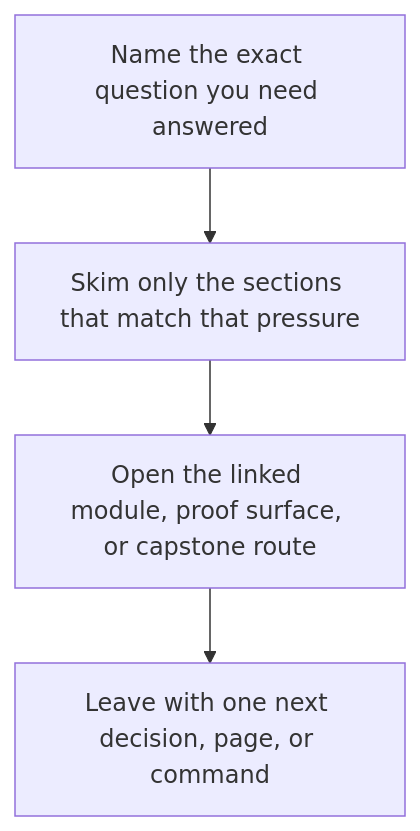
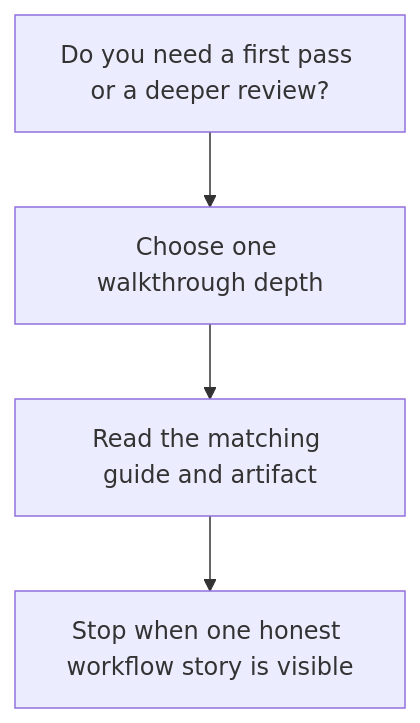
One commit to bijux/bijux-masterclass changed the second of 2 diagrams in programs/reproducible-research/deep-dive-snakemake/course-book/capstone/capstone-walkthrough.md. Above: the diagram before and after it, drawn with Mermaid. The commit also changed other lines of this file, not shown here.

Commit message:
docs(deep-dive-snakemake): bound the capstone walkthrough

````diff
--- a/programs/reproducible-research/deep-dive-snakemake/course-book/capstone/capstone-walkthrough.md
+++ b/programs/reproducible-research/deep-dive-snakemake/course-book/capstone/capstone-walkthrough.md
@@ -17,6 +14,6 @@
 ```mermaid
 flowchart TD
-  question["Name the exact question you need answered"] --> skim["Skim only the sections that match that pressure"]
-  skim --> crosscheck["Open the linked module, proof surface, or capstone route"]
-  crosscheck --> next_move["Leave with one next decision, page, or command"]
+  question["Do you need a first pass or a deeper review?"] --> route["Choose one walkthrough depth"]
+  route --> inspect["Read the matching guide and artifact"]
+  inspect --> next_move["Stop when one honest workflow story is visible"]
 ```
````
